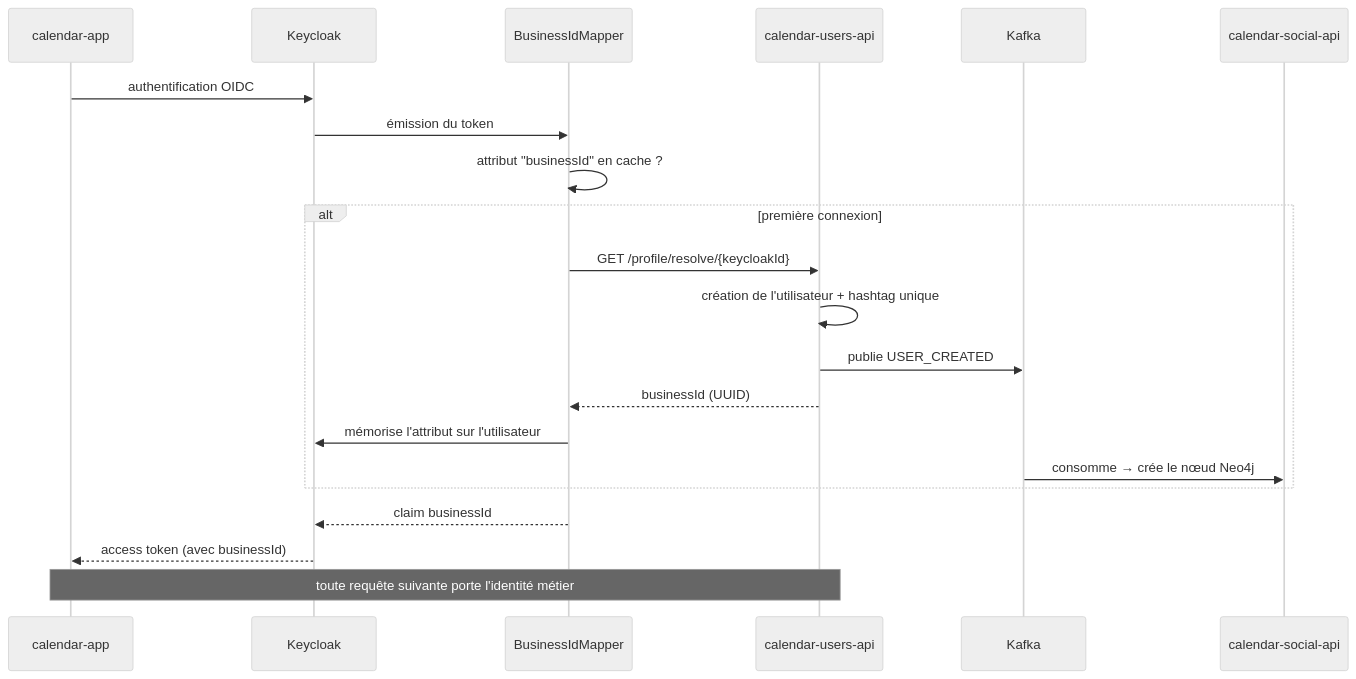
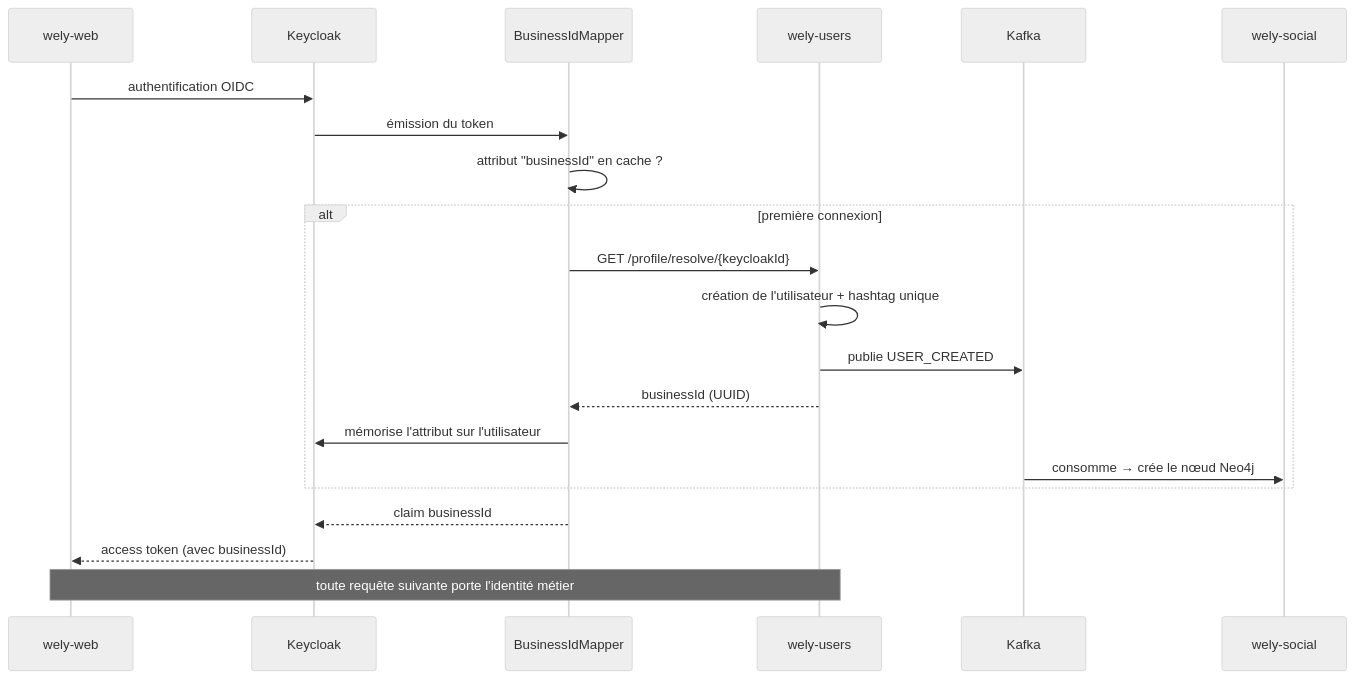
The second of 3 diagrams in README.md (WelyLabs/wely-platform), drawn with Mermaid (neutral theme) before and after one commit. The commit also changed other lines of this file, not shown here.

````diff
--- a/README.md
+++ b/README.md
@@ -135,24 +135,24 @@
 ```mermaid
 sequenceDiagram
-    participant FE as calendar-app
+    participant FE as wely-web
     participant KC as Keycloak
     participant M as BusinessIdMapper
-    participant U as calendar-users-api
+    participant U as wely-users
     participant K as Kafka
-    participant S as calendar-social-api
+    participant S as wely-social
 
     FE->>KC: authentification OIDC
     KC->>M: émission du token
     M->>M: attribut "businessId" en cache ?
     alt première connexion
         M->>U: GET /profile/resolve/{keycloakId}
         U->>U: création de l'utilisateur + hashtag unique
         U->>K: publie USER_CREATED
         U-->>M: businessId (UUID)
         M->>KC: mémorise l'attribut sur l'utilisateur
         K->>S: consomme → crée le nœud Neo4j
     end
     M-->>KC: claim businessId
     KC-->>FE: access token (avec businessId)
     Note over FE,U: toute requête suivante porte l'identité métier
 ```
````
